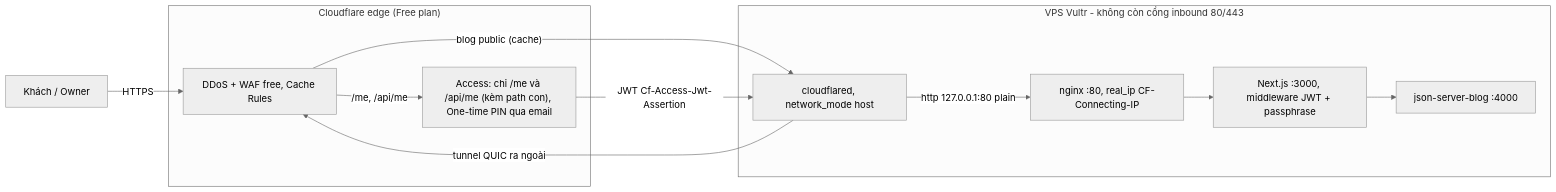
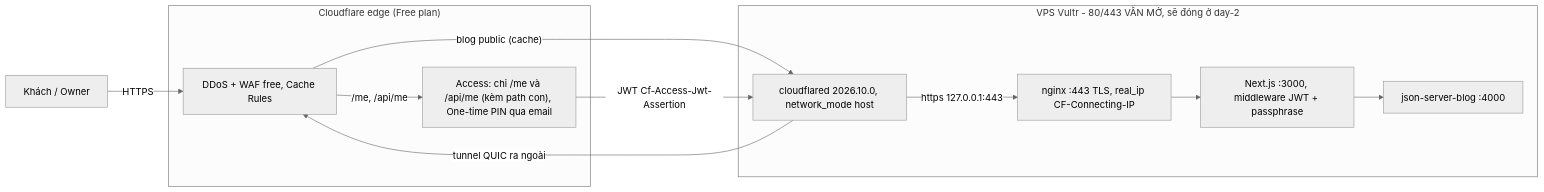
The diagram in docs/cloudflare.md (PinNguyen9x/pinit), drawn with Mermaid (neutral theme) before and after one commit. The commit also changed other lines of this file, not shown here.

````diff
--- a/docs/cloudflare.md
+++ b/docs/cloudflare.md
@@ -17,22 +20,22 @@
 ```mermaid
 flowchart LR
   U["Khách / Owner"]
   subgraph CF["Cloudflare edge (Free plan)"]
     E["DDoS + WAF free, Cache Rules"]
     A["Access: chỉ /me và /api/me (kèm path con), One-time PIN qua email"]
   end
-  subgraph VPS["VPS Vultr - không còn cổng inbound 80/443"]
-    CD["cloudflared, network_mode host"]
-    N["nginx :80, real_ip CF-Connecting-IP"]
+  subgraph VPS["VPS Vultr - 80/443 VẪN MỞ, sẽ đóng ở day-2"]
+    CD["cloudflared 2026.10.0, network_mode host"]
+    N["nginx :443 TLS, real_ip CF-Connecting-IP"]
     W["Next.js :3000, middleware JWT + passphrase"]
     J["json-server-blog :4000"]
   end
   U -->|HTTPS| E
   E -->|"/me, /api/me"| A
   E -->|"blog public (cache)"| CD
   A -->|"JWT Cf-Access-Jwt-Assertion"| CD
   CD -->|"tunnel QUIC ra ngoài"| E
-  CD -->|"http 127.0.0.1:80 plain"| N
+  CD -->|"https 127.0.0.1:443"| N
   N --> W
   W --> J
 ```
````
